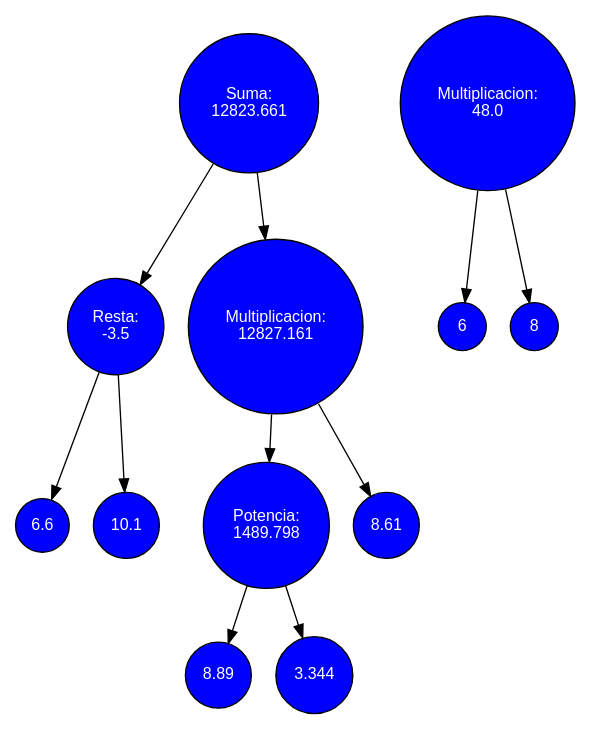
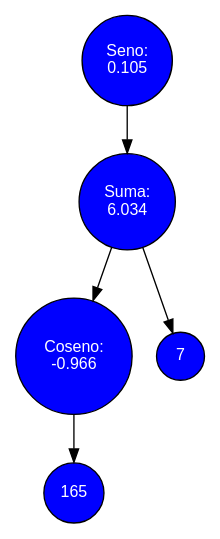
One commit to SmillerMP/LFP_Proyecto1_202100119 changed the diagram in RESULTADOS_202100119.dot. Above: the diagram before and after it, drawn with Graphviz. The commit also changed 4 other files, not shown here.

```diff
--- a/RESULTADOS_202100119.dot
+++ b/RESULTADOS_202100119.dot
@@ -1,42 +1,23 @@
 digraph { 
 rankdir = TB 
 node[shape=circle, style="filled" fontname="Arial", fontsize=12, fontcolor="white", fillcolor="blue"] 
 
-N14 -> N11 
-N14 -> N13 
-N14[label="Suma:
-12823.661"]
-N13 -> N12 
-N13[label="Multiplicacion:
-12827.161"]
-N13 -> V132 
-V132[label="8.61"]
-N12[label="Potencia:
-1489.798"]
-N12 -> V121 
-V121[label="8.89"]
-N12 -> V122 
-V122[label="3.344"]
-N11[label="Resta:
--3.5"]
-N11 -> V111 
-V111[label="6.6"]
-N11 -> V112 
-V112[label="10.1"]
-
-
-//!---------------NUEVO ARBOL ----------------!
-
-N01[label="Multiplicacion:
-48.0"]
+N03 -> N02 
+N03[label="Seno:
+0.105"]
+N02 -> N01 
+N02[label="Suma:
+6.034"]
+N02 -> V021 
+V021[label="7"]
+N01[label="Coseno:
+-0.966"]
 N01 -> V011 
-V011[label="6"]
-N01 -> V012 
-V012[label="8"]
+V011[label="165"]
 
 
 //!---------------NUEVO ARBOL ----------------!
 
 
 
 }
```
